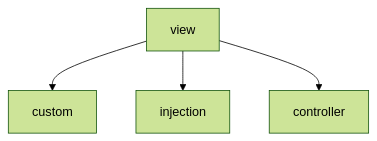
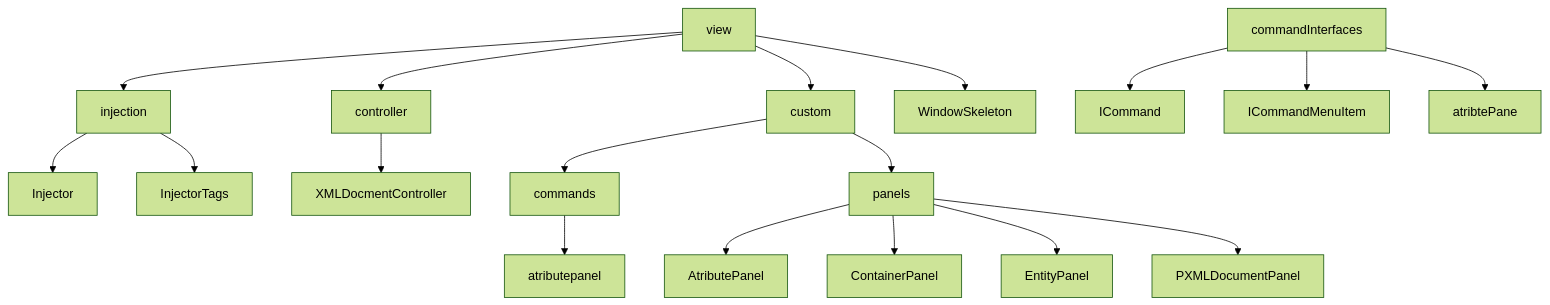
One commit to JoaoAlmeida-dev/XML-Generator-API-AdvancedProgramming changed the second of 2 diagrams in README.md. Above: the diagram before and after it, drawn with Mermaid (forest theme). The commit also changed other lines of this file and 31 other files, not shown here.

````diff
--- a/README.md
+++ b/README.md
@@ -65,6 +70,25 @@
 ```mermaid
 graph TD;
    view --> custom
    view --> injection
    view --> controller
+   view --> WindowSkeleton
+   
+   injection --> Injector
+   injection --> InjectorTags
+   
+   controller --> XMLDocmentController
+   
+   custom --> commands
+   commands --> atributepanel
+   commandInterfaces --> ICommand
+   commandInterfaces --> ICommandMenuItem
+   commandInterfaces --> atribtePane
+   
+   custom --> panels
+   panels --> AtributePanel
+   panels --> ContainerPanel
+   panels --> EntityPanel
+   panels --> PXMLDocumentPanel
+   
 ```
````
